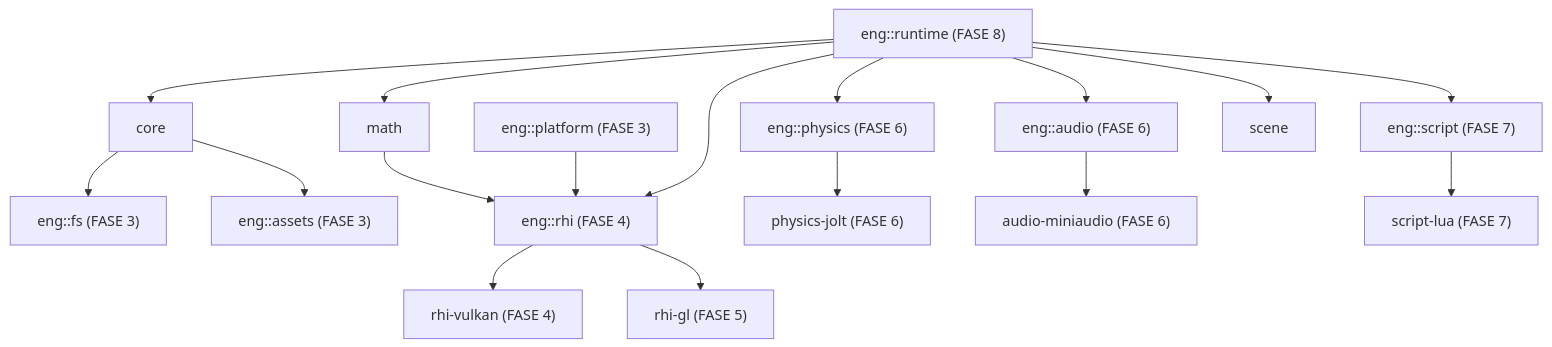
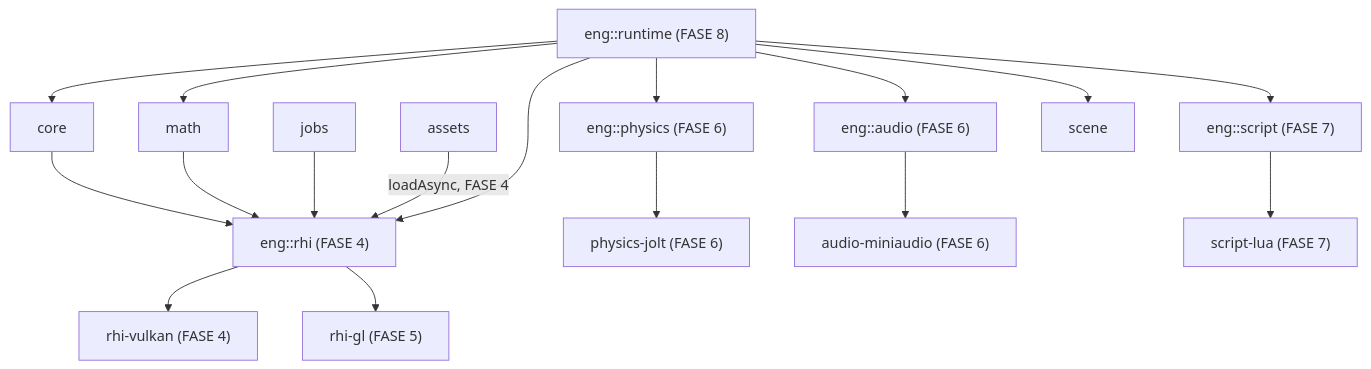
One commit to criandojogodenovo-sketch/g.oni changed the second of 2 diagrams in docs/architecture/00-overview.md. Above: the diagram before and after it, drawn with Mermaid. The commit also changed other lines of this file and 12 other files, not shown here.

First line of the commit message:
docs(fase3): ADR-034, roadmap, layout de projeto, arquitetura e README (estado FASE 3)

````diff
--- a/docs/architecture/00-overview.md
+++ b/docs/architecture/00-overview.md
@@ -70,13 +104,13 @@
 ```mermaid
 graph TD
-    core --> fs["eng::fs (FASE 3)"]
-    core --> assets["eng::assets (FASE 3)"]
-    math --> rhi["eng::rhi (FASE 4)"]
-    platform["eng::platform (FASE 3)"] --> rhi
+    core --> rhi["eng::rhi (FASE 4)"]
+    math --> rhi
+    jobs --> rhi
+    assets -->|loadAsync, FASE 4| rhi
     rhi --> rhi_vulkan["rhi-vulkan (FASE 4)"]
     rhi --> rhi_gl["rhi-gl (FASE 5)"]
     physics["eng::physics (FASE 6)"] --> physics_jolt["physics-jolt (FASE 6)"]
     audio["eng::audio (FASE 6)"] --> audio_ma["audio-miniaudio (FASE 6)"]
     script["eng::script (FASE 7)"] --> script_lua["script-lua (FASE 7)"]
     runtime["eng::runtime (FASE 8)"] --> core & math & scene & rhi & physics & audio & script
 ```
````
